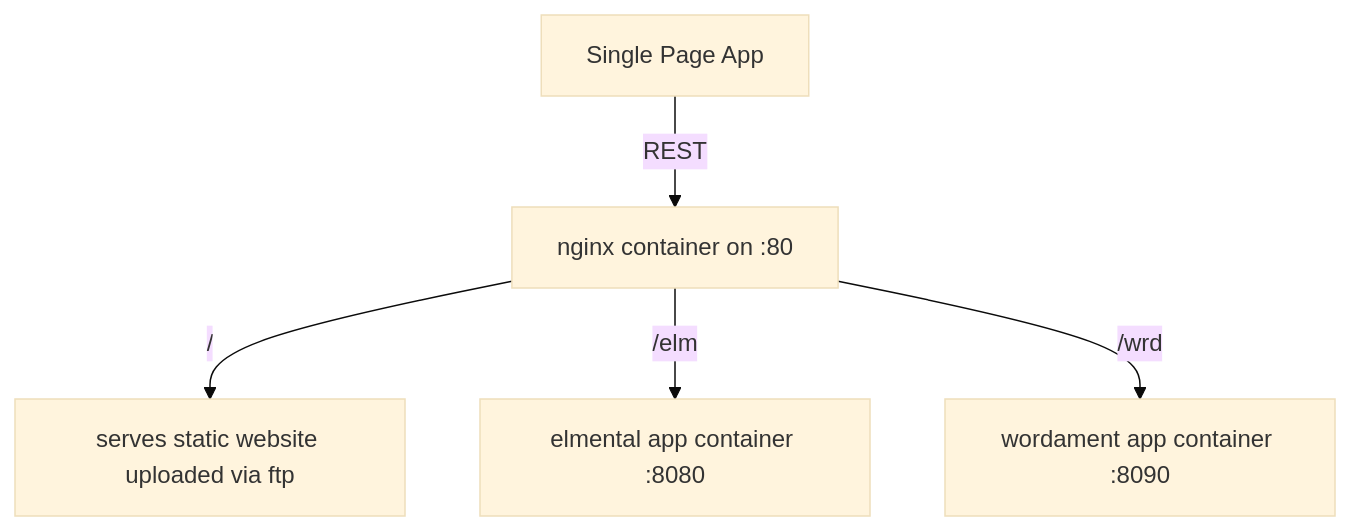
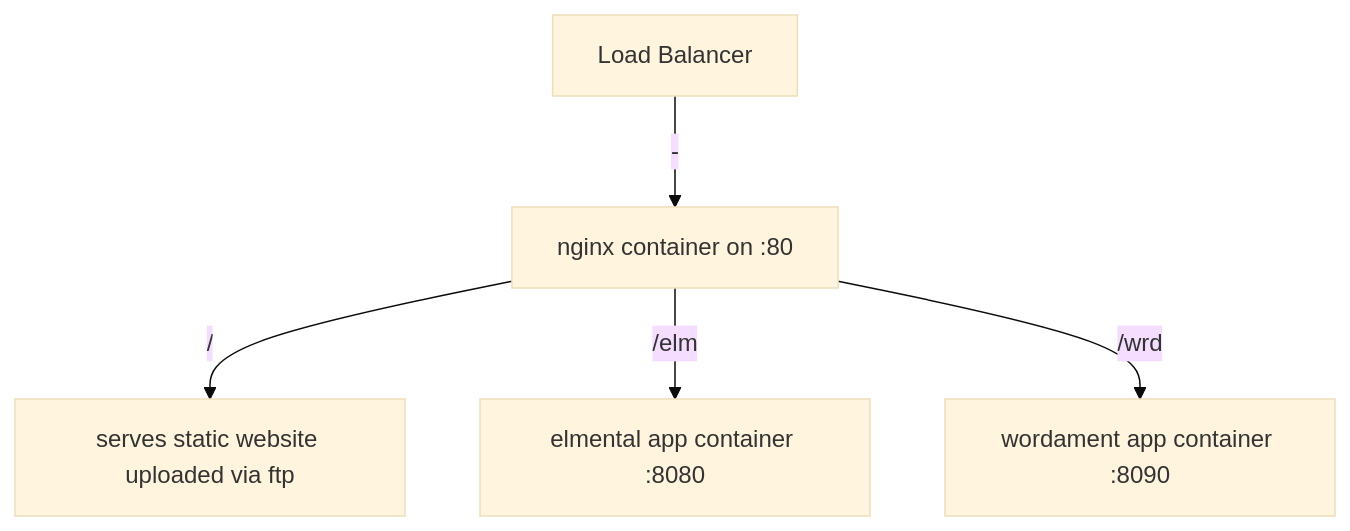
One commit to abhinababasu/infra changed the diagram in README.md. Above: the diagram before and after it, drawn with Mermaid (base theme).

Commit message:
Updated diagram

````diff
--- a/README.md
+++ b/README.md
@@ -8,8 +8,8 @@
 ```mermaid
 graph TD;
-    Web[Single Page App] --> |REST| RevProxy[nginx container on :80];
+    Web[Load Balancer] --> |-| RevProxy[nginx container on :80];
     RevProxy --> |/| default[serves static website uploaded via ftp];
     RevProxy --> |/elm| elm[elmental app container :8080];
     RevProxy --> |/wrd| wrd[wordament app container :8090];
 
 ```
````
